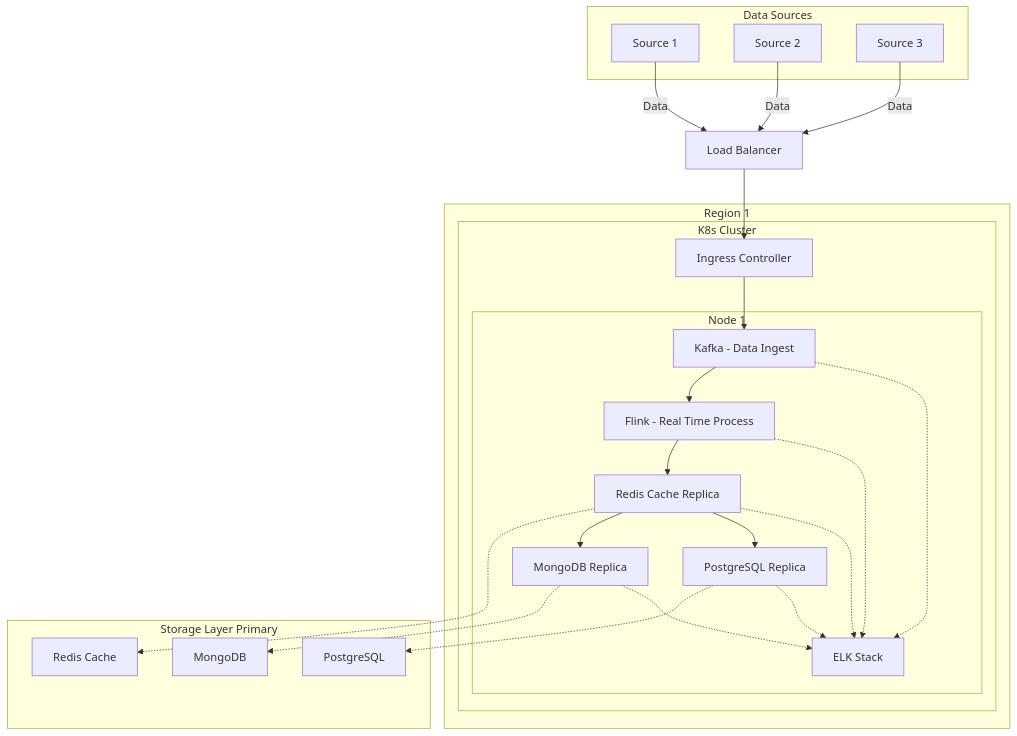
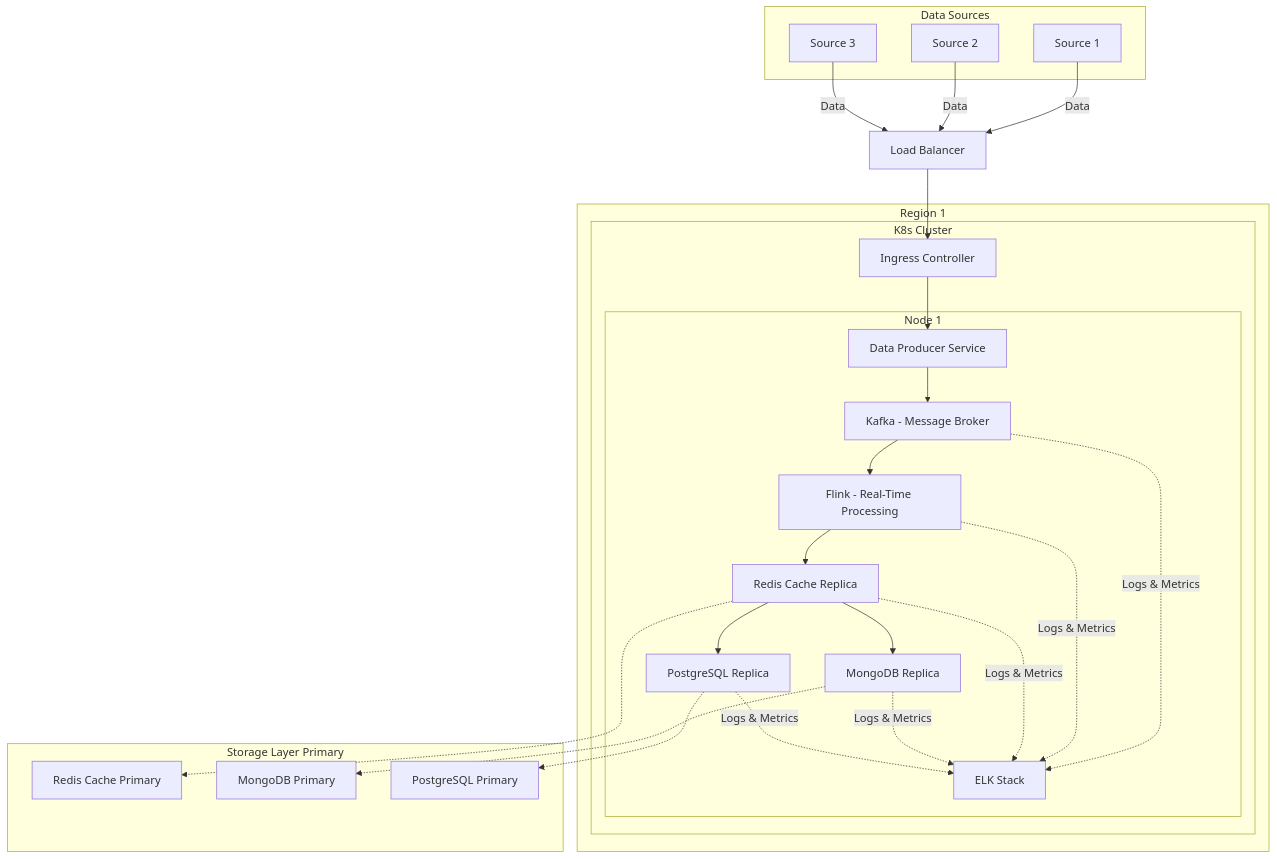
The second of 2 diagrams in README.md (sukhikush/Profile), drawn with Mermaid before and after one commit.

Commit message:
Code Update

````diff
--- a/README.md
+++ b/README.md
@@ -47,46 +47,49 @@
 ```mermaid
     graph TB
         subgraph "Data Sources"
             DS1[Source 1]
             DS2[Source 2]
             DS3[Source 3]
         end
         
         LB[Load Balancer]
 
         subgraph R1[Region 1]
             subgraph KC1[K8s Cluster]
                 ING1[Ingress Controller]
                 subgraph KCN11[Node 1]
-                    K1[Kafka - Data Ingest]
-                    F1[Flink - Real Time Process]
+                    K1[Kafka - Message Broker]
+                    P1[Data Producer Service]
+                    F1[Flink - Real-Time Processing]
                     RR11[Redis Cache Replica]
                     RMDB11[MongoDB Replica]
                     RPG11[PostgreSQL Replica]
                     ELK1[ELK Stack]
                 end
             end
         end
 
         subgraph "Storage Layer Primary"
-            R[Redis Cache]
-            MDB1[MongoDB]
-            PG1[PostgreSQL]
+            R[Redis Cache Primary]
+            MDB1[MongoDB Primary]
+            PG1[PostgreSQL Primary]
         end
 
         DS1 & DS2 & DS3 -->|Data| LB
         LB --> ING1
-        ING1 --> K1
-        RR11 -.-> R
-        RMDB11 -.-> MDB1
-        RPG11 -.-> PG1
+        ING1 --> P1
+        P1 --> K1
         K1 --> F1
         F1 --> RR11
         RR11 --> RMDB11
         RR11 --> RPG11
-        K1 -.-> ELK1
-        F1 -.-> ELK1
-        RR11 -.-> ELK1
-        RMDB11 -.-> ELK1
-        RPG11 -.-> ELK1
+        RR11 -.-> R
+        RMDB11 -.-> MDB1
+        RPG11 -.-> PG1
+        K1 -.->|Logs & Metrics| ELK1
+        F1 -.->|Logs & Metrics| ELK1
+        RR11 -.->|Logs & Metrics| ELK1
+        RMDB11 -.->|Logs & Metrics| ELK1
+        RPG11 -.->|Logs & Metrics| ELK1
+
 ```
````
